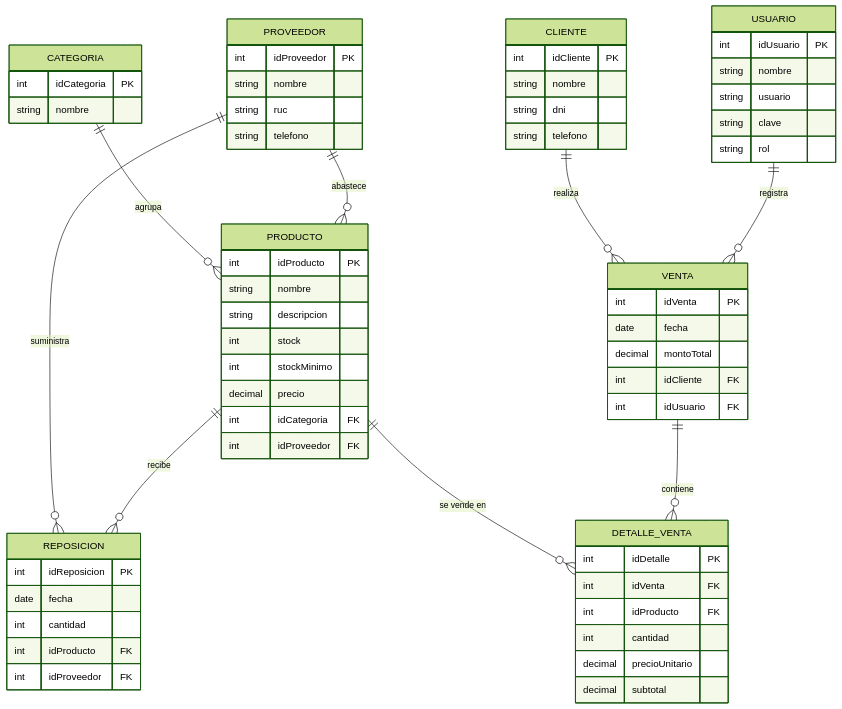
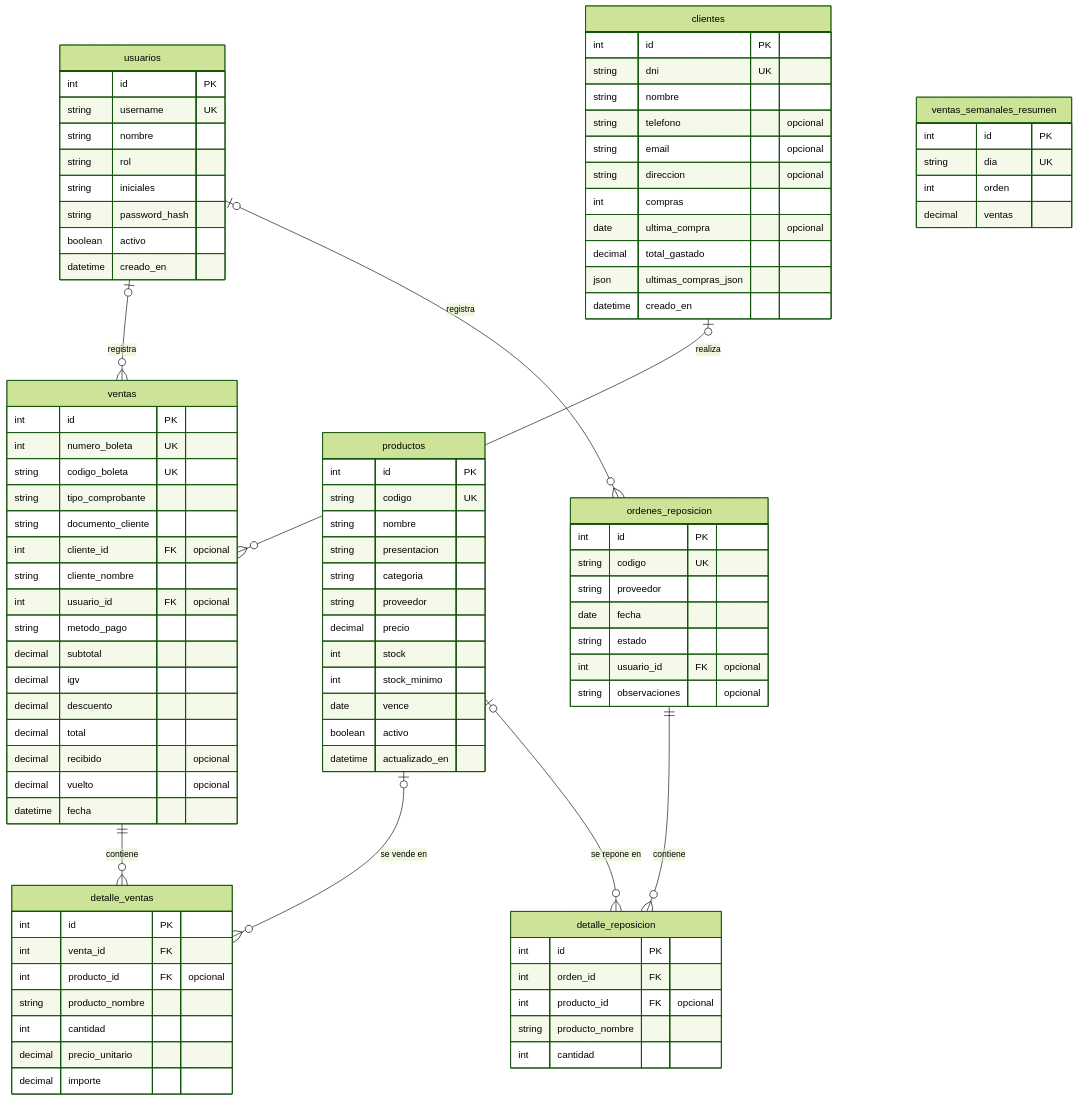
The diagram in README.md (Magidark00/NovaSalud), drawn with Mermaid (forest theme) before and after one commit. The commit also changed other lines of this file, not shown here.

````diff
--- a/README.md
+++ b/README.md
@@ -137,67 +132,97 @@
 ```mermaid
 erDiagram
-    CATEGORIA ||--o{ PRODUCTO : agrupa
-    PROVEEDOR ||--o{ PRODUCTO : abastece
-    PROVEEDOR ||--o{ REPOSICION : suministra
-    PRODUCTO ||--o{ REPOSICION : recibe
-    PRODUCTO ||--o{ DETALLE_VENTA : "se vende en"
-    VENTA ||--o{ DETALLE_VENTA : contiene
-    CLIENTE ||--o{ VENTA : realiza
-    USUARIO ||--o{ VENTA : registra
+    usuarios |o--o{ ventas : registra
+    clientes |o--o{ ventas : realiza
+    ventas ||--o{ detalle_ventas : contiene
+    productos |o--o{ detalle_ventas : "se vende en"
+    usuarios |o--o{ ordenes_reposicion : registra
+    ordenes_reposicion ||--o{ detalle_reposicion : contiene
+    productos |o--o{ detalle_reposicion : "se repone en"
 
-    CATEGORIA {
-        int idCategoria PK
+    usuarios {
+        int id PK
+        string username UK
         string nombre
+        string rol
+        string iniciales
+        string password_hash
+        boolean activo
+        datetime creado_en
     }
-    PROVEEDOR {
-        int idProveedor PK
+    productos {
+        int id PK
+        string codigo UK
         string nombre
-        string ruc
-        string telefono
+        string presentacion
+        string categoria
+        string proveedor
+        decimal precio
+        int stock
+        int stock_minimo
+        date vence
+        boolean activo
+        datetime actualizado_en
     }
-    PRODUCTO {
-        int idProducto PK
+    clientes {
+        int id PK
+        string dni UK
         string nombre
-        string descripcion
-        int stock
-        int stockMinimo
-        decimal precio
-        int idCategoria FK
-        int idProveedor FK
+        string telefono "opcional"
+        string email "opcional"
+        string direccion "opcional"
+        int compras
+        date ultima_compra "opcional"
+        decimal total_gastado
+        json ultimas_compras_json
+        datetime creado_en
     }
-    REPOSICION {
-        int idReposicion PK
+    ventas {
+        int id PK
+        int numero_boleta UK
+        string codigo_boleta UK
+        string tipo_comprobante
+        string documento_cliente
+        int cliente_id FK "opcional"
+        string cliente_nombre
+        int usuario_id FK "opcional"
+        string metodo_pago
+        decimal subtotal
+        decimal igv
+        decimal descuento
+        decimal total
+        decimal recibido "opcional"
+        decimal vuelto "opcional"
+        datetime fecha
+    }
+    detalle_ventas {
+        int id PK
+        int venta_id FK
+        int producto_id FK "opcional"
+        string producto_nombre
+        int cantidad
+        decimal precio_unitario
+        decimal importe
+    }
+    ventas_semanales_resumen {
+        int id PK
+        string dia UK
+        int orden
+        decimal ventas
+    }
+    ordenes_reposicion {
+        int id PK
+        string codigo UK
+        string proveedor
         date fecha
+        string estado
+        int usuario_id FK "opcional"
+        string observaciones "opcional"
+    }
+    detalle_reposicion {
+        int id PK
+        int orden_id FK
+        int producto_id FK "opcional"
+        string producto_nombre
         int cantidad
-        int idProducto FK
-        int idProveedor FK
-    }
-    VENTA {
-        int idVenta PK
-        date fecha
-        decimal montoTotal
-        int idCliente FK
-        int idUsuario FK
-    }
-    DETALLE_VENTA {
-        int idDetalle PK
-        int idVenta FK
-        int idProducto FK
-        int cantidad
-        decimal precioUnitario
-        decimal subtotal
-    }
-    CLIENTE {
-        int idCliente PK
-        string nombre
-        string dni
-        string telefono
-    }
-    USUARIO {
-        int idUsuario PK
-        string nombre
-        string usuario
-        string clave
-        string rol
     }
 ```
````
